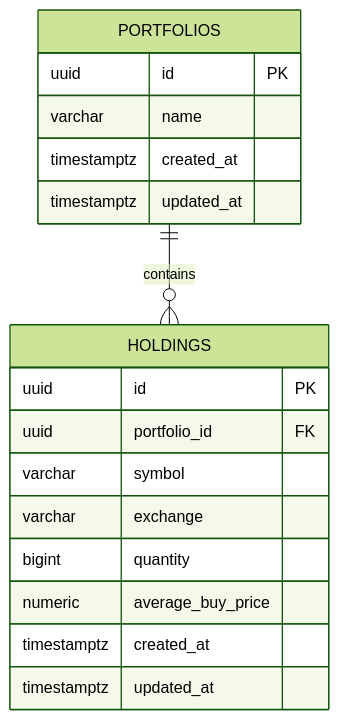
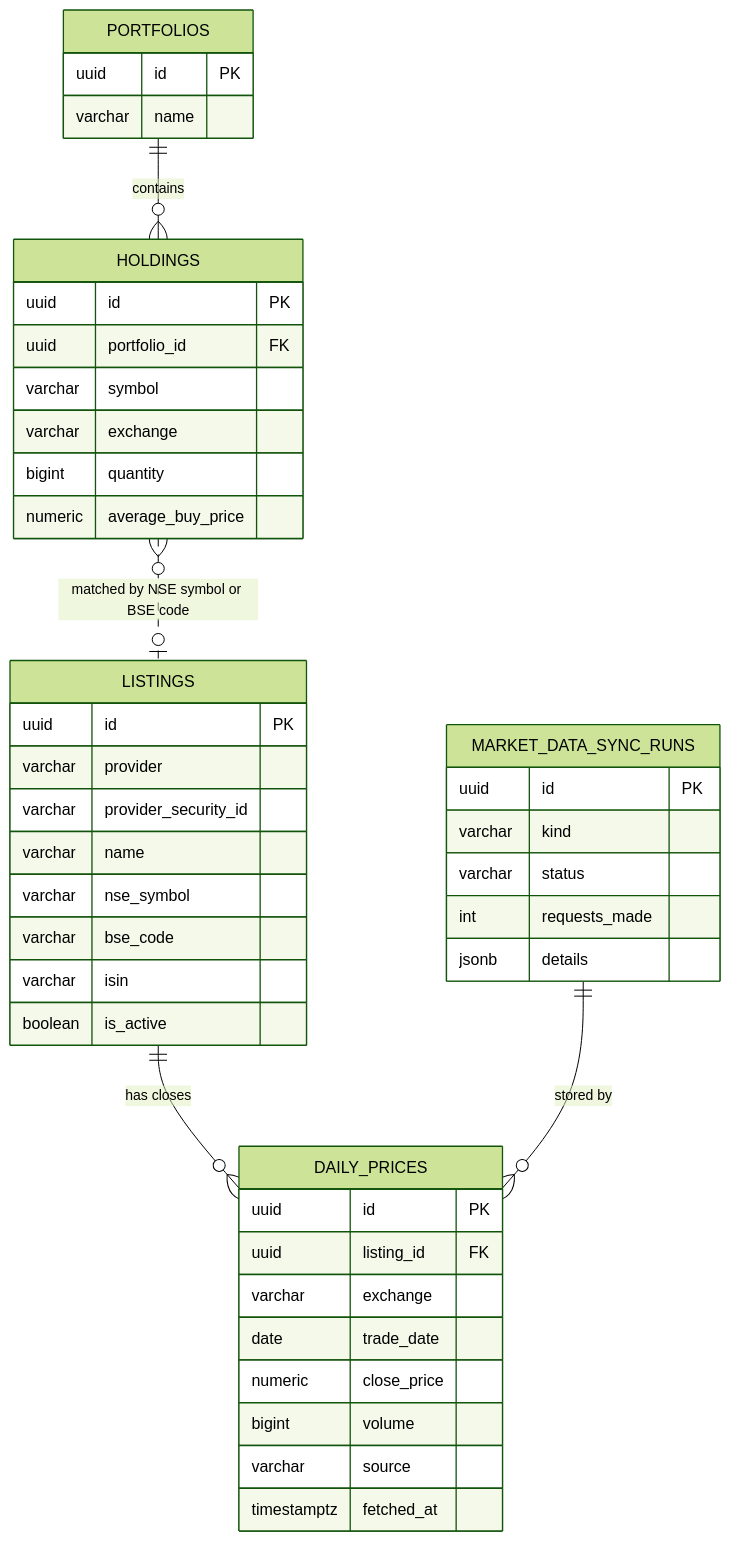
The second of 2 diagrams in docs/ARCHITECTURE.md (pgp41370-coder/portfolio-intelligence), drawn with Mermaid (forest theme) before and after one commit. The commit also changed other lines of this file and 59 other files, not shown here.

First line of the commit message:
feat: add NSE EOD market data and portfolio valuation

````diff
--- a/docs/ARCHITECTURE.md
+++ b/docs/ARCHITECTURE.md
@@ -39,20 +43,46 @@
 ```mermaid
 erDiagram
     PORTFOLIOS ||--o{ HOLDINGS : contains
+    LISTINGS ||--o{ DAILY_PRICES : "has closes"
+    MARKET_DATA_SYNC_RUNS ||--o{ DAILY_PRICES : "stored by"
+    HOLDINGS }o..o| LISTINGS : "matched by NSE symbol or BSE code"
     PORTFOLIOS {
         uuid id PK
         varchar name
-        timestamptz created_at
-        timestamptz updated_at
     }
     HOLDINGS {
         uuid id PK
         uuid portfolio_id FK
         varchar symbol
         varchar exchange
         bigint quantity
         numeric average_buy_price
-        timestamptz created_at
-        timestamptz updated_at
+    }
+    LISTINGS {
+        uuid id PK
+        varchar provider
+        varchar provider_security_id
+        varchar name
+        varchar nse_symbol
+        varchar bse_code
+        varchar isin
+        boolean is_active
+    }
+    DAILY_PRICES {
+        uuid id PK
+        uuid listing_id FK
+        varchar exchange
+        date trade_date
+        numeric close_price
+        bigint volume
+        varchar source
+        timestamptz fetched_at
+    }
+    MARKET_DATA_SYNC_RUNS {
+        uuid id PK
+        varchar kind
+        varchar status
+        int requests_made
+        jsonb details
     }
 ```
````
